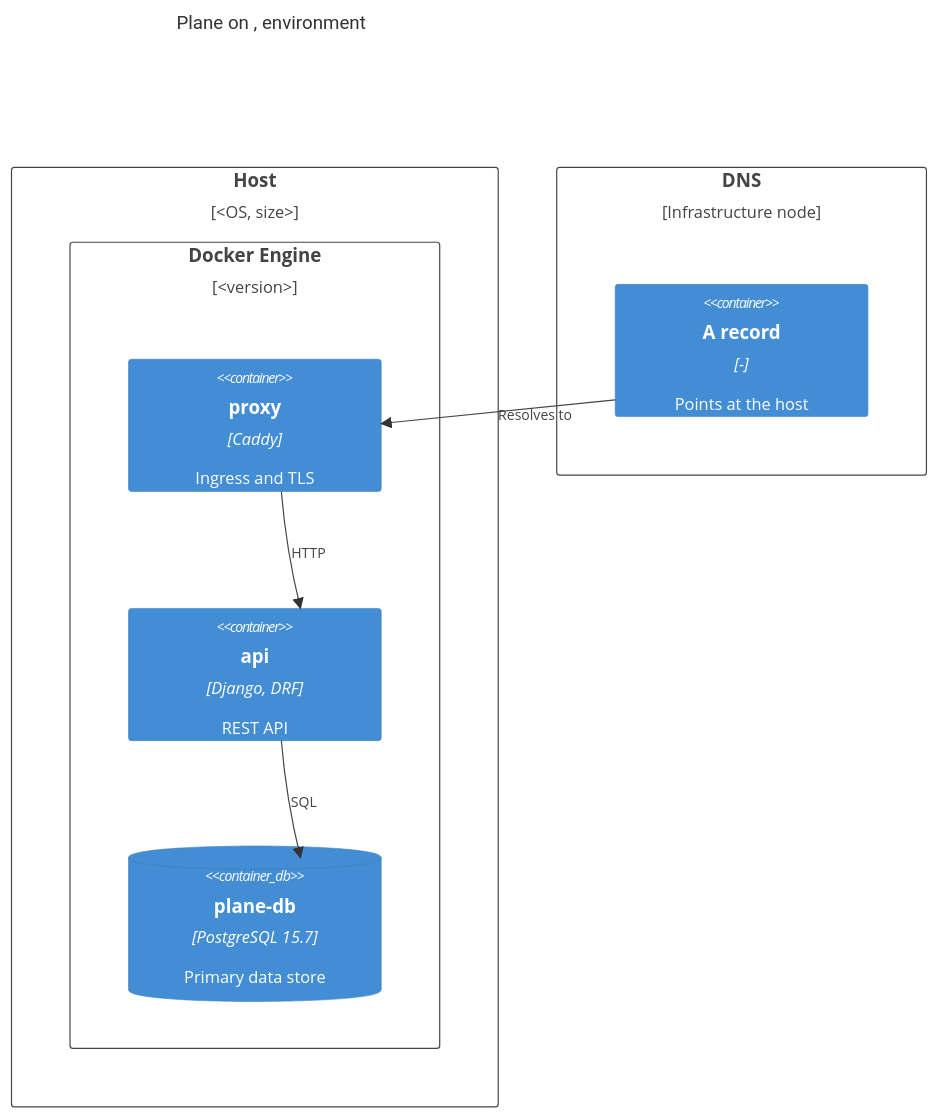
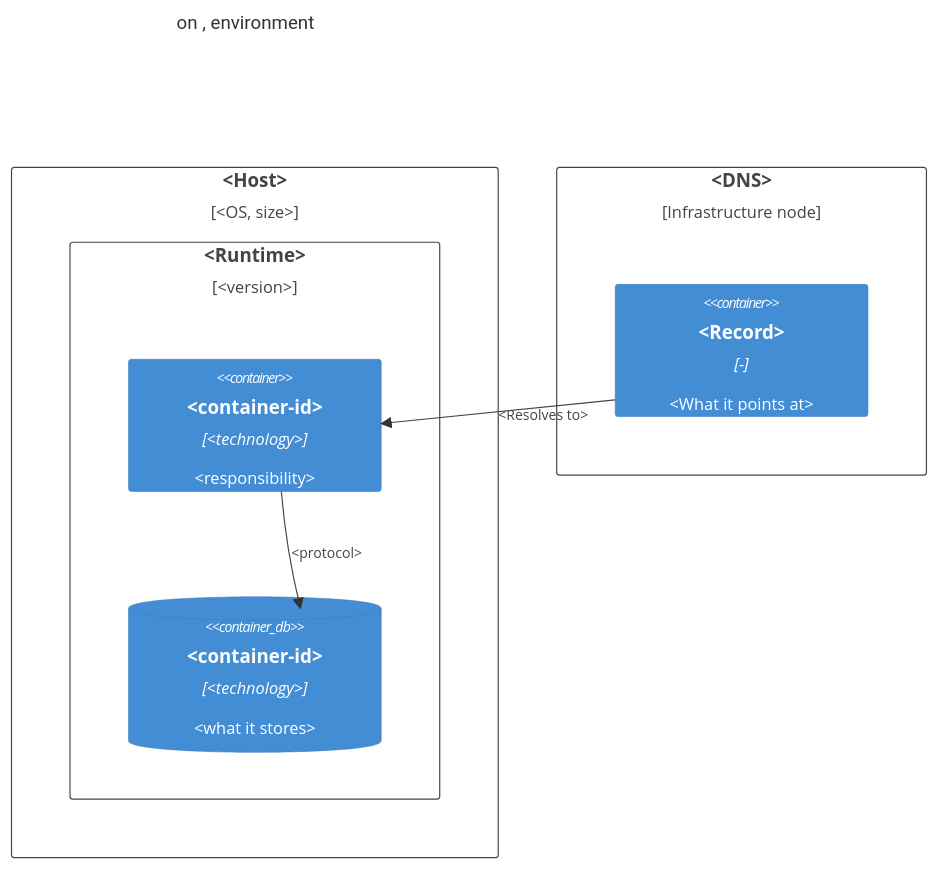
Before and after one commit to psarma89/plane: the third of 3 diagrams in docs/architecture/c4/containers/TEMPLATE.md, drawn with Mermaid. The commit also changed other lines of this file and 23 other files, not shown here.

````diff
--- a/docs/architecture/c4/containers/TEMPLATE.md
+++ b/docs/architecture/c4/containers/TEMPLATE.md
@@ -69,20 +76,18 @@
 ```mermaid
 C4Deployment
-    title Plane on <target>, <environment> environment
+    title <System> on <target>, <environment> environment
 
-    Deployment_Node(host, "Host", "<OS, size>") {
-        Deployment_Node(dockerEngine, "Docker Engine", "<version>") {
-            Container(proxy, "proxy", "Caddy", "Ingress and TLS")
-            Container(api, "api", "Django, DRF", "REST API")
-            ContainerDb(db, "plane-db", "PostgreSQL 15.7", "Primary data store")
+    Deployment_Node(host, "<Host>", "<OS, size>") {
+        Deployment_Node(runtime, "<Runtime>", "<version>") {
+            Container(a, "<container-id>", "<technology>", "<responsibility>")
+            ContainerDb(store, "<container-id>", "<technology>", "<what it stores>")
         }
     }
 
-    Deployment_Node(dns, "DNS", "Infrastructure node") {
-        Container(record, "A record", "-", "Points at the host")
+    Deployment_Node(net, "<DNS>", "Infrastructure node") {
+        Container(record, "<Record>", "-", "<What it points at>")
     }
 
-    Rel(record, proxy, "Resolves to")
-    Rel(proxy, api, "HTTP")
-    Rel(api, db, "SQL")
+    Rel(record, a, "<Resolves to>")
+    Rel(a, store, "<protocol>")
 ```
````
